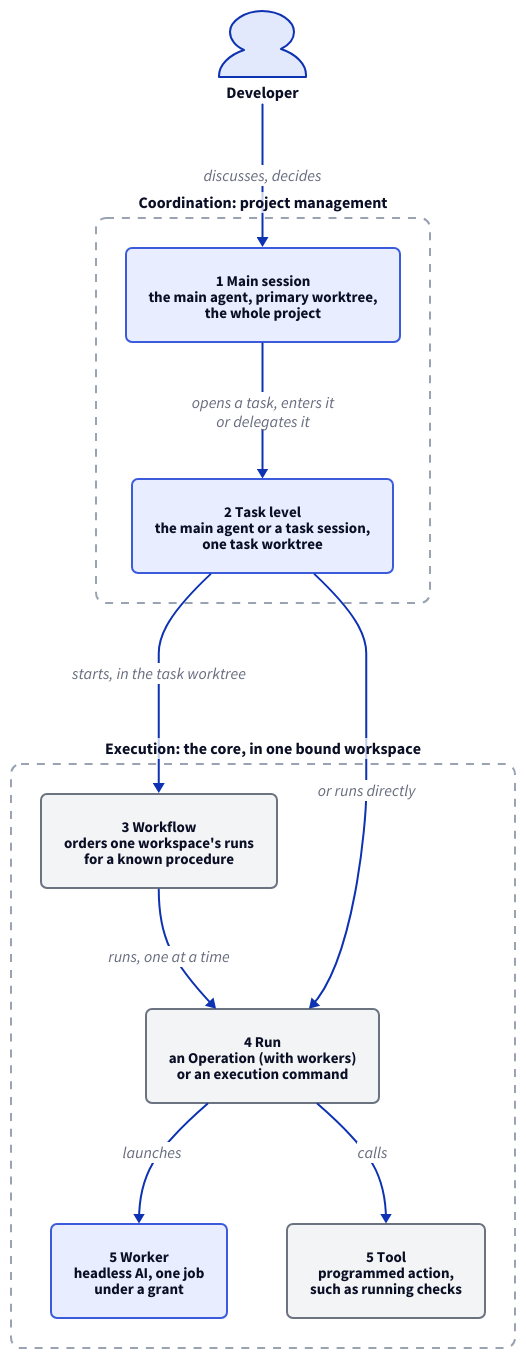
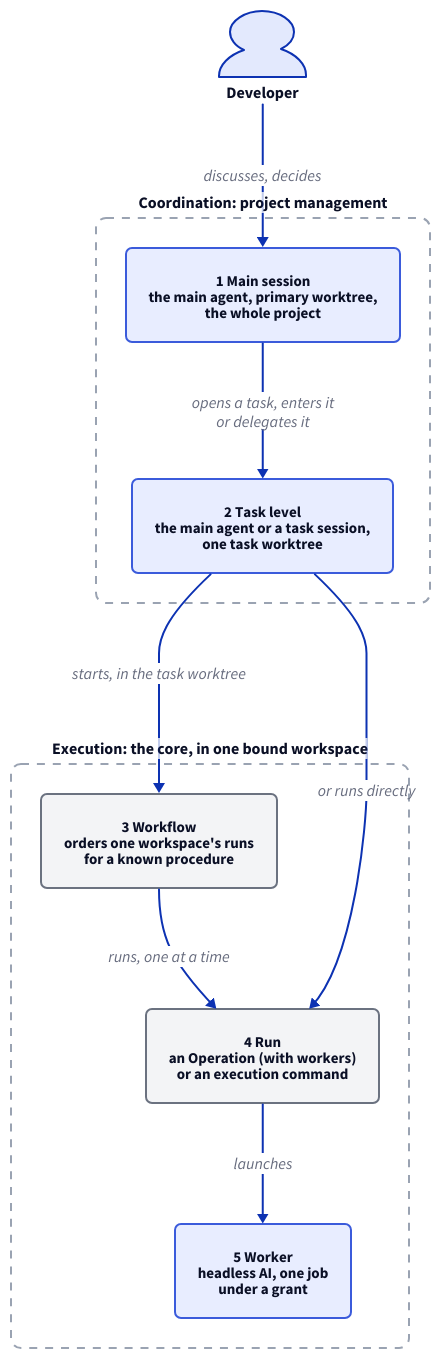
The first of 6 diagrams in specs/concorde/module.md (FTOD/concorde), drawn with D2 before and after one commit. The commit also changed other lines of this file and 29 other files, not shown here.

````diff
--- a/specs/concorde/module.md
+++ b/specs/concorde/module.md
@@ -48,27 +48,25 @@
 ```d2 illustrative
 classes: {
   agent: {style: {fill: "#e8edff"; stroke: "#3b5bdb"; stroke-width: 2; border-radius: 6; font-size: 15}}
   program: {style: {fill: "#f3f4f6"; stroke: "#6b7280"; stroke-width: 2; border-radius: 6; font-size: 15}}
   layer: {style: {fill: transparent; stroke: "#9aa3b2"; stroke-dash: 4; border-radius: 10; font-size: 16; bold: true}}
 }
 developer: Developer {shape: person}
 coordination: "Coordination: project management" {
   class: layer
   main: "1  Main session\nthe main agent, primary worktree,\nthe whole project" {class: agent}
   task: "2  Task level\nthe main agent or a task session,\none task worktree" {class: agent}
   main -> task: "opens a task, enters it\nor delegates it"
 }
 execution: "Execution: the core, in one bound workspace" {
   class: layer
   workflow: "3  Workflow\norders one workspace's runs\nfor a known procedure" {class: program}
   run: "4  Run\nan Operation (with workers)\nor an execution command" {class: program}
   worker: "5  Worker\nheadless AI, one job\nunder a grant" {class: agent}
-  tool: "5  Tool\nprogrammed action,\nsuch as running checks" {class: program}
   workflow -> run: "runs, one at a time"
   run -> worker: launches
-  run -> tool: calls
 }
 developer -> coordination.main: "discusses, decides"
 coordination.task -> execution.workflow: "starts, in the task worktree"
 coordination.task -> execution.run: "or runs directly"
 ```
````
